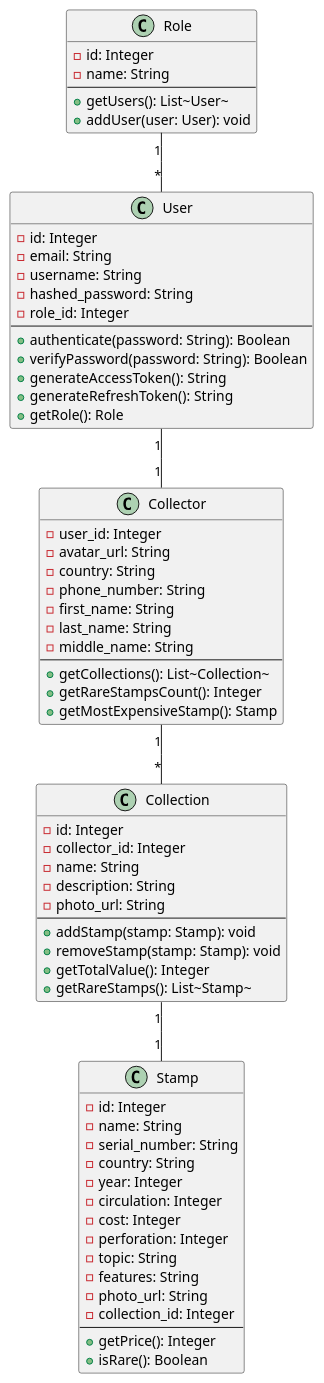
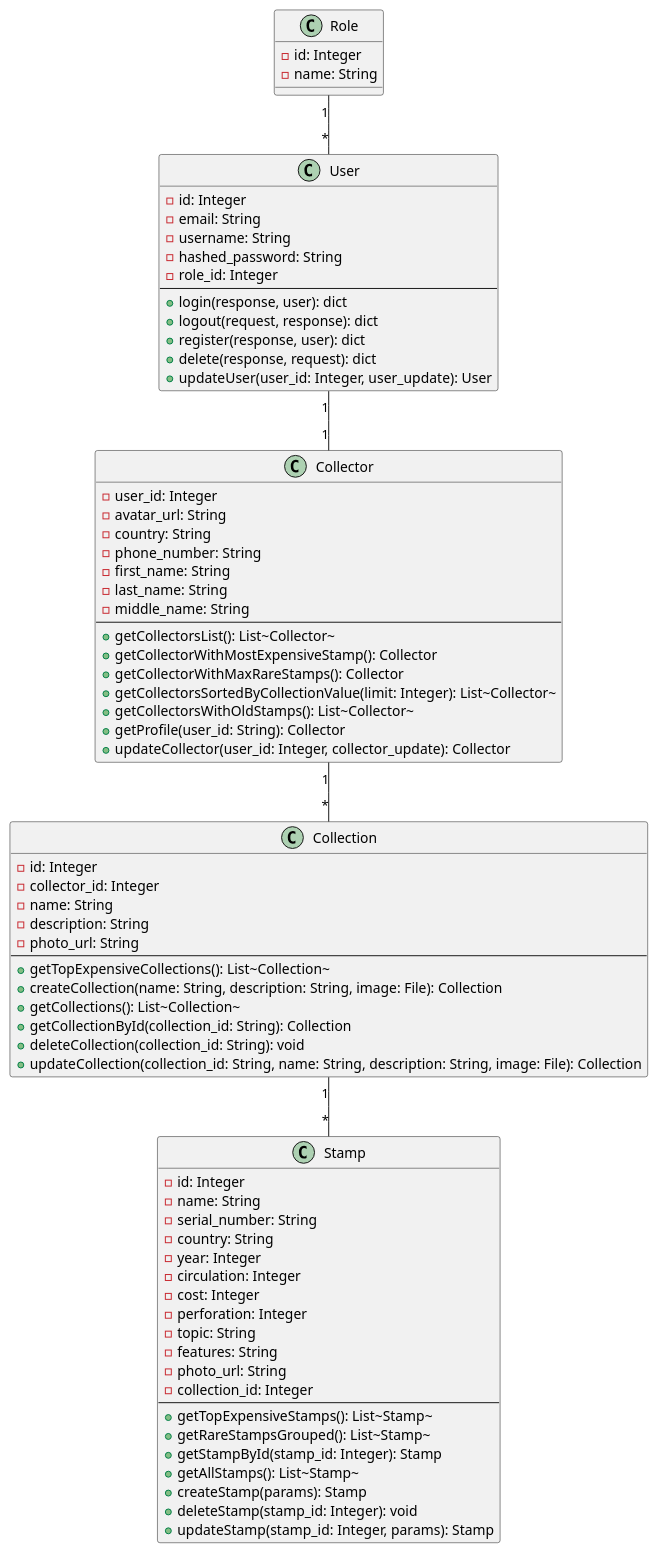
Before and after one commit to Eaglet12IQ/spo-project: the diagram in diagrams/Диаграмма классов.puml, drawn with PlantUML. The commit also changed 13 other files, not shown here.

Commit message:
`Updated ER diagrams and class models for Stamp, Collection, Collector, User, and Role entities. Removed UserCase and other diagrams. Updated frontend HTTP utility to handle token updates. Updated NotFound page to display Russian text.`

```diff
--- a/diagrams/Диаграмма классов.puml
+++ b/diagrams/Диаграмма классов.puml
@@ -1,75 +1,83 @@
 @startuml
 
 class Stamp {
   - id: Integer
   - name: String
   - serial_number: String
   - country: String
   - year: Integer
   - circulation: Integer
   - cost: Integer
   - perforation: Integer
   - topic: String
   - features: String
   - photo_url: String
   - collection_id: Integer
   --
-  + getPrice(): Integer
-  + isRare(): Boolean
+  + getTopExpensiveStamps(): List~Stamp~
+  + getRareStampsGrouped(): List~Stamp~
+  + getStampById(stamp_id: Integer): Stamp
+  + getAllStamps(): List~Stamp~
+  + createStamp(params): Stamp
+  + deleteStamp(stamp_id: Integer): void
+  + updateStamp(stamp_id: Integer, params): Stamp
 }
 
 class Collection {
   - id: Integer
   - collector_id: Integer
   - name: String
   - description: String
   - photo_url: String
   --
-  + addStamp(stamp: Stamp): void
-  + removeStamp(stamp: Stamp): void
-  + getTotalValue(): Integer
-  + getRareStamps(): List~Stamp~
+  + getTopExpensiveCollections(): List~Collection~
+  + createCollection(name: String, description: String, image: File): Collection
+  + getCollections(): List~Collection~
+  + getCollectionById(collection_id: String): Collection
+  + deleteCollection(collection_id: String): void
+  + updateCollection(collection_id: String, name: String, description: String, image: File): Collection
 }
 
 class Collector {
   - user_id: Integer
   - avatar_url: String
   - country: String
   - phone_number: String
   - first_name: String
   - last_name: String
   - middle_name: String
   --
-  + getCollections(): List~Collection~
-  + getRareStampsCount(): Integer
-  + getMostExpensiveStamp(): Stamp
+  + getCollectorsList(): List~Collector~
+  + getCollectorWithMostExpensiveStamp(): Collector
+  + getCollectorWithMaxRareStamps(): Collector
+  + getCollectorsSortedByCollectionValue(limit: Integer): List~Collector~
+  + getCollectorsWithOldStamps(): List~Collector~
+  + getProfile(user_id: String): Collector
+  + updateCollector(user_id: Integer, collector_update): Collector
 }
 
 class User {
   - id: Integer
   - email: String
   - username: String
   - hashed_password: String
   - role_id: Integer
   --
-  + authenticate(password: String): Boolean
-  + verifyPassword(password: String): Boolean
-  + generateAccessToken(): String
-  + generateRefreshToken(): String
-  + getRole(): Role
+  + login(response, user): dict
+  + logout(request, response): dict
+  + register(response, user): dict
+  + delete(response, request): dict
+  + updateUser(user_id: Integer, user_update): User
 }
 
 class Role {
   - id: Integer
   - name: String
-  --
-  + getUsers(): List~User~
-  + addUser(user: User): void
 }
 
 User "1" -- "1" Collector
 Role "1" -- "*" User
 Collector "1" -- "*" Collection
-Collection "1" -- "1" Stamp
+Collection "1" -- "*" Stamp
 
 @enduml
```
